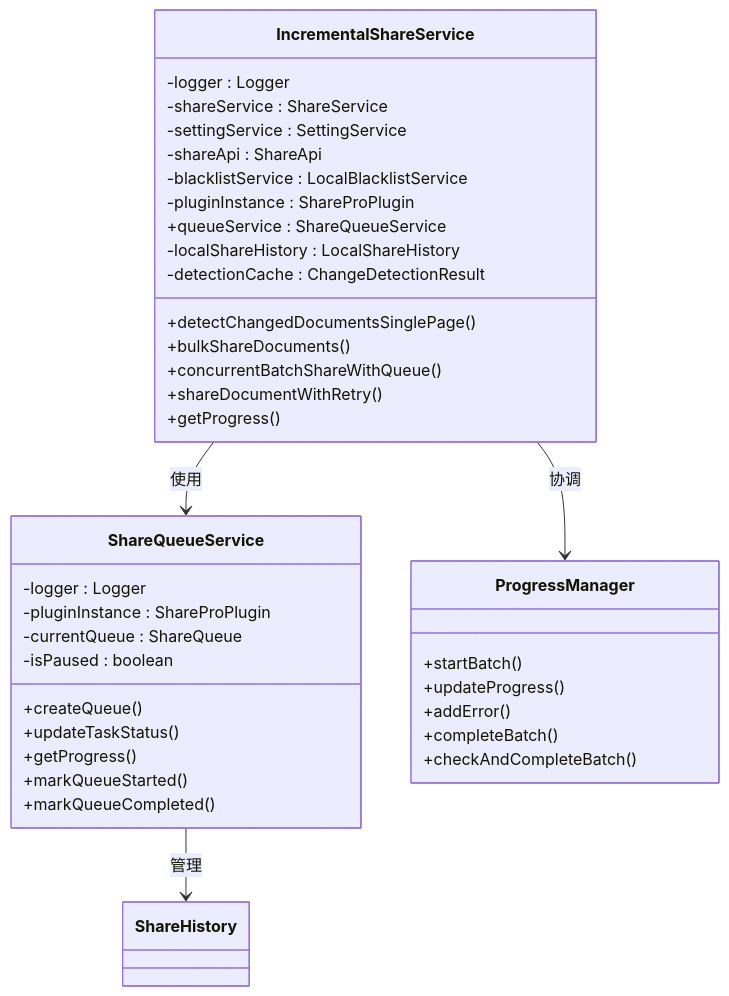
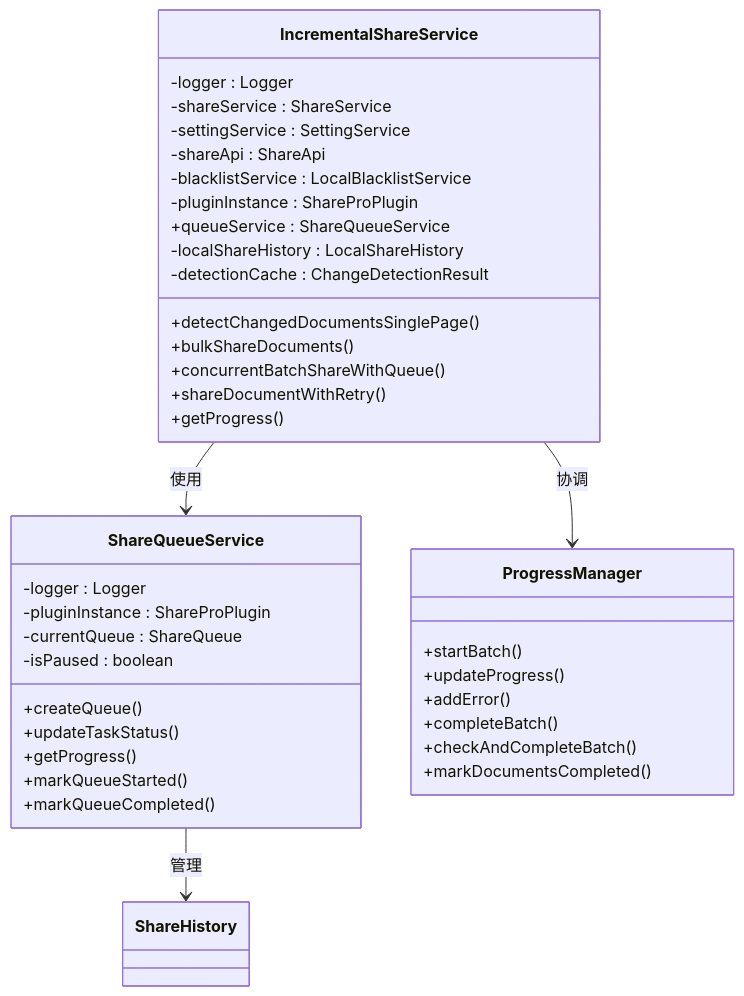
One commit to terwerinc/siyuan-plugin-share-pro changed the third of 9 diagrams in .qoder/repowiki/zh/content/Progress Management Enhancements.md. Above: the diagram before and after it, drawn with Mermaid. The commit also changed other lines of this file and 8 other files, not shown here.

````diff
--- a/.qoder/repowiki/zh/content/Progress Management Enhancements.md
+++ b/.qoder/repowiki/zh/content/Progress Management Enhancements.md
@@ -176,40 +209,41 @@
 ```mermaid
 classDiagram
 class IncrementalShareService {
 -logger : Logger
 -shareService : ShareService
 -settingService : SettingService
 -shareApi : ShareApi
 -blacklistService : LocalBlacklistService
 -pluginInstance : ShareProPlugin
 +queueService : ShareQueueService
 -localShareHistory : LocalShareHistory
 -detectionCache : ChangeDetectionResult
 +detectChangedDocumentsSinglePage()
 +bulkShareDocuments()
 +concurrentBatchShareWithQueue()
 +shareDocumentWithRetry()
 +getProgress()
 }
 class ShareQueueService {
 -logger : Logger
 -pluginInstance : ShareProPlugin
 -currentQueue : ShareQueue
 -isPaused : boolean
 +createQueue()
 +updateTaskStatus()
 +getProgress()
 +markQueueStarted()
 +markQueueCompleted()
 }
 class ProgressManager {
 +startBatch()
 +updateProgress()
 +addError()
 +completeBatch()
 +checkAndCompleteBatch()
++markDocumentsCompleted()
 }
 IncrementalShareService --> ShareQueueService : 使用
 IncrementalShareService --> ProgressManager : 协调
 ShareQueueService --> ShareHistory : 管理
 ```
````
